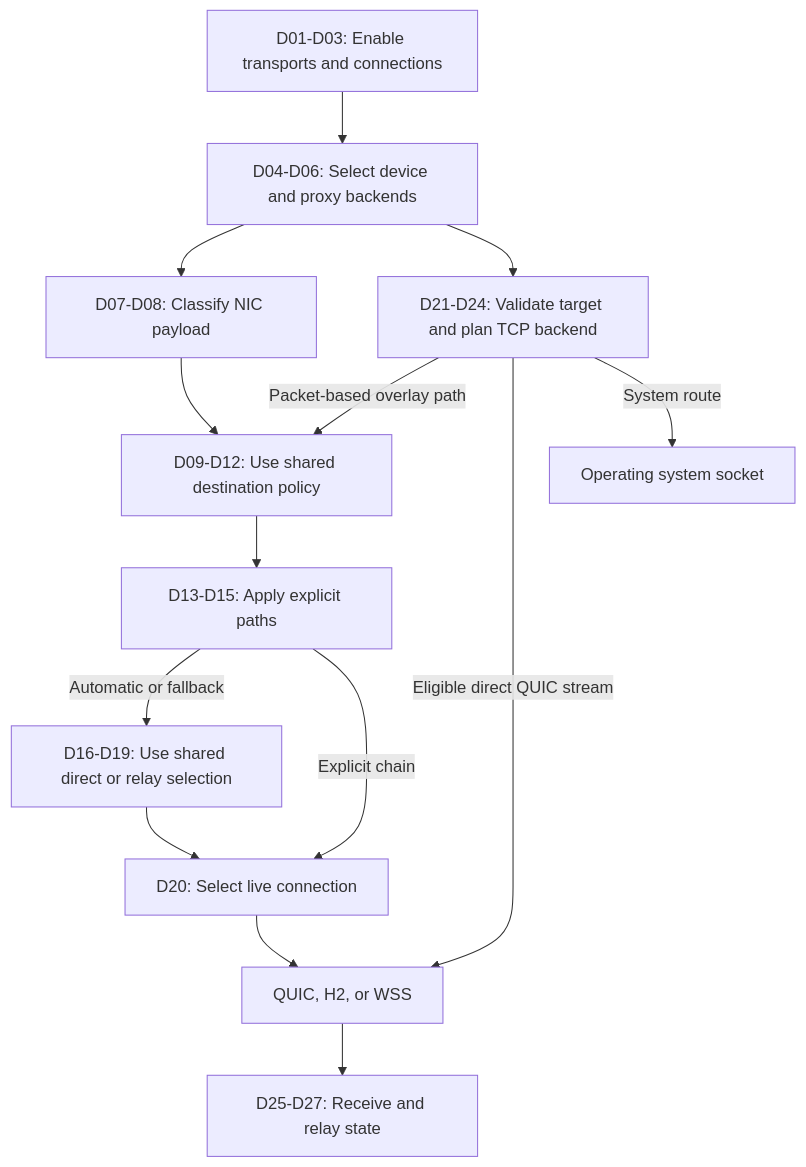
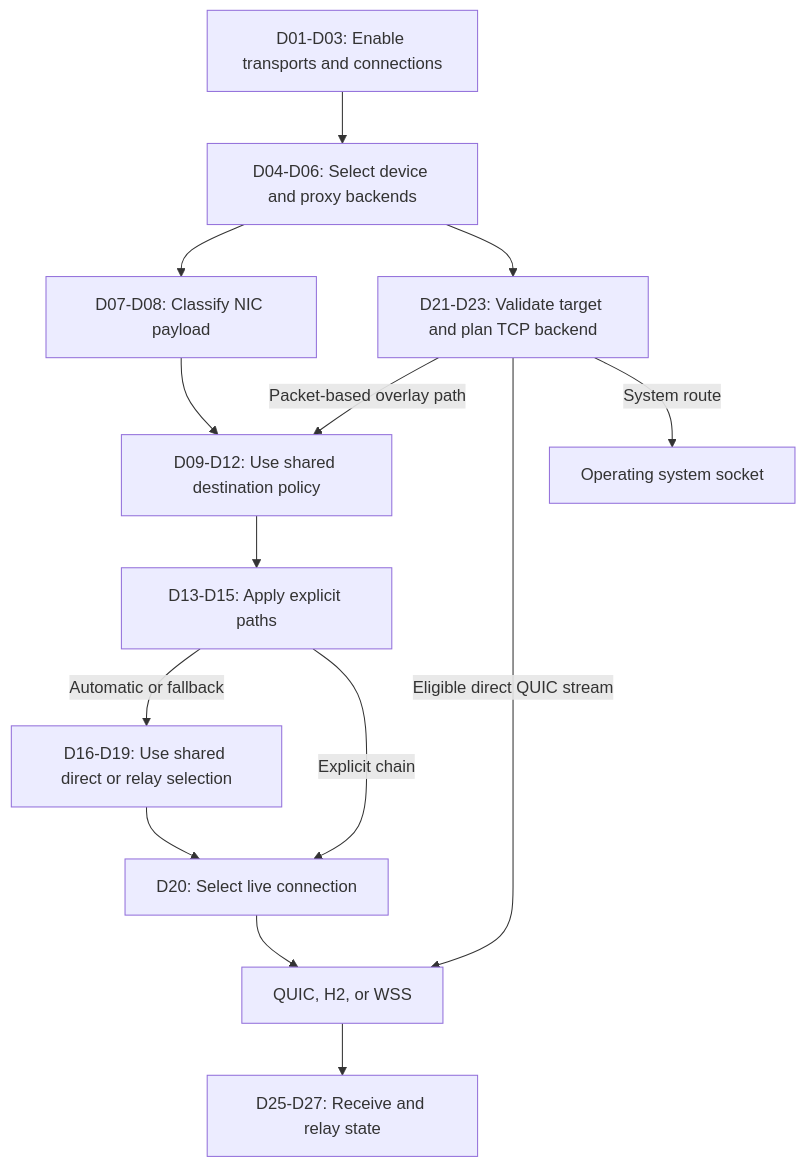
Before and after one commit to lowertier/lowerTier: the diagram in docs/design/decision-map.md, drawn with Mermaid. The commit also changed other lines of this file and 20 other files, not shown here.

````diff
--- a/docs/design/decision-map.md
+++ b/docs/design/decision-map.md
@@ -16,26 +17,26 @@
 ```mermaid
 flowchart TD
     Setup["D01-D03: Enable transports and connections"]
     Device["D04-D06: Select device and proxy backends"]
     Nic["D07-D08: Classify NIC payload"]
-    Proxy["D21-D24: Validate target and plan TCP backend"]
+    Proxy["D21-D23: Validate target and plan TCP backend"]
     Destination["D09-D12: Use shared destination policy"]
     Path["D13-D15: Apply explicit paths"]
     Automatic["D16-D19: Use shared direct or relay selection"]
     Connection["D20: Select live connection"]
     Wire["QUIC, H2, or WSS"]
     Receive["D25-D27: Receive and relay state"]
     Setup --> Device
     Device --> Nic
     Device --> Proxy
     Nic --> Destination
     Proxy -->|"Packet-based overlay path"| Destination
     Proxy -->|"Eligible direct QUIC stream"| Wire
     Proxy -->|"System route"| System["Operating system socket"]
     Destination --> Path
     Path -->|"Automatic or fallback"| Automatic
     Path -->|"Explicit chain"| Connection
     Automatic --> Connection
     Connection --> Wire
     Wire --> Receive
 ```
````
